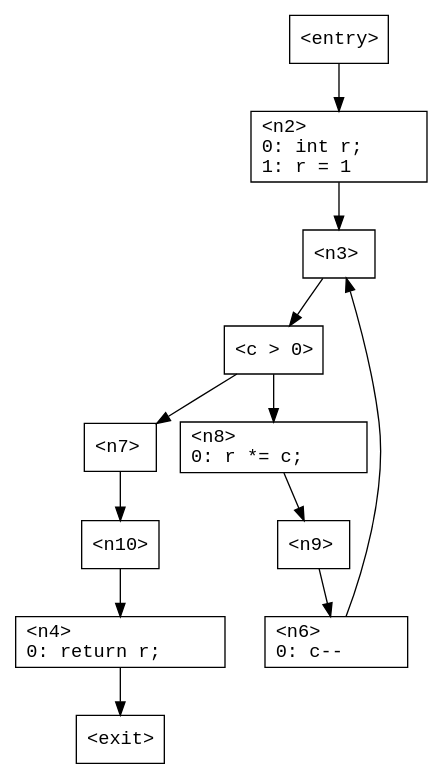
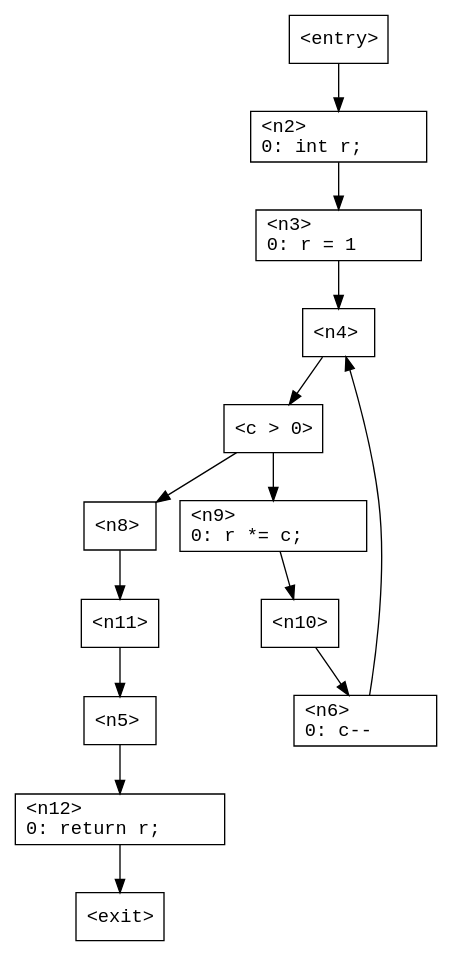
Before and after one commit to ashalkhakov/Tarp: the diagram in TarpTests/Cfg/Data/TestForContinue.gv, drawn with Graphviz. The commit also changed 28 other files, not shown here.

```diff
--- a/TarpTests/Cfg/Data/TestForContinue.gv
+++ b/TarpTests/Cfg/Data/TestForContinue.gv
@@ -1,47 +1,55 @@
 digraph G
 {
     n0 [ shape = "box"
              fontname = "Monospace"
              label = "<entry>\l" ];
       n0 -> n2;
     n1 [ shape = "box"
              fontname = "Monospace"
              label = "<exit>\l" ];
     n2 [ shape = "box"
              fontname = "Monospace"
-             label = "<n2>\l0:	int r;\l1:	r = 1\l" ];
+             label = "<n2>\l0:	int r;\l" ];
       n2 -> n3;
     n3 [ shape = "box"
              fontname = "Monospace"
-             label = "<n3>\l" ];
-      n3 -> n5;
+             label = "<n3>\l0:	r = 1\l" ];
+      n3 -> n4;
     n4 [ shape = "box"
              fontname = "Monospace"
-             label = "<n4>\l0:	return r;\l" ];
-      n4 -> n1;
+             label = "<n4>\l" ];
+      n4 -> n7;
     n5 [ shape = "box"
              fontname = "Monospace"
-             label = "<c > 0>\l" ];
-      n5 -> n8;
-      n5 -> n7;
+             label = "<n5>\l" ];
+      n5 -> n12;
     n6 [ shape = "box"
              fontname = "Monospace"
              label = "<n6>\l0:	c--\l" ];
-      n6 -> n3;
+      n6 -> n4;
     n7 [ shape = "box"
              fontname = "Monospace"
-             label = "<n7>\l" ];
-      n7 -> n10;
+             label = "<c > 0>\l" ];
+      n7 -> n9;
+      n7 -> n8;
     n8 [ shape = "box"
              fontname = "Monospace"
-             label = "<n8>\l0:	r *= c;\l" ];
-      n8 -> n9;
+             label = "<n8>\l" ];
+      n8 -> n11;
     n9 [ shape = "box"
              fontname = "Monospace"
-             label = "<n9>\l" ];
-      n9 -> n6;
+             label = "<n9>\l0:	r *= c;\l" ];
+      n9 -> n10;
     n10 [ shape = "box"
              fontname = "Monospace"
              label = "<n10>\l" ];
-      n10 -> n4;
+      n10 -> n6;
+    n11 [ shape = "box"
+             fontname = "Monospace"
+             label = "<n11>\l" ];
+      n11 -> n5;
+    n12 [ shape = "box"
+             fontname = "Monospace"
+             label = "<n12>\l0:	return r;\l" ];
+      n12 -> n1;
 }
```
